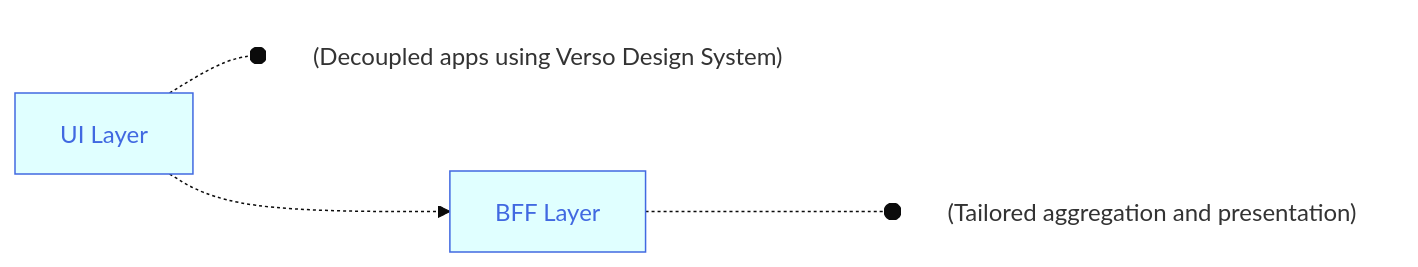
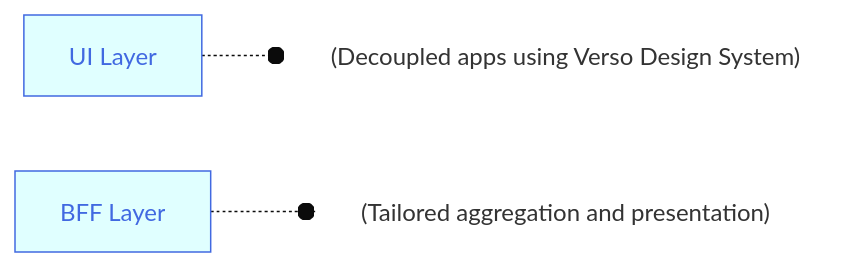
The diagram in buttons_mermaid_v2.md (joe-dorward/samples), drawn with Mermaid (base theme) before and after one commit. The commit also changed other lines of this file, not shown here.

````diff
--- a/buttons_mermaid_v2.md
+++ b/buttons_mermaid_v2.md
@@ -3,35 +3,28 @@
 ```mermaid
   %%{
     init: {"flowchart": { "markdownAutoWrap":"false", "textWrap":"false", "wrappingWidth": "100%" }
     }
   }%%
   flowchart LR
 
   %% define styles
   classDef Button fill:lightcyan, stroke:royalblue, color:royalblue;
   classDef Note fill:transparent, stroke:white, text-align:left;
   %% ---------- ---------- ---------- ---------- ---------- ---------- ---------- ---------- ---------- ----------
   BUTTON_01[UI Layer]:::Button
   click BUTTON_01 "https://en.wikipedia.org/wiki/Main_Page" _blank
   BUTTON_01_NOTE["(Decoupled apps using Verso Design System)"]:::Note
 
   %% connect button to note
   BUTTON_01-.-o
   BUTTON_01_NOTE
   %% ---------- ---------- ---------- ---------- ---------- ---------- ---------- ---------- ---------- ----------
   BUTTON_02[BFF Layer]:::Button
   click BUTTON_02 "https://en.wikipedia.org/wiki/Main_Page" _blank
   BUTTON_02_NOTE["(Tailored aggregation and presentation)"]:::Note
 
   %% connect button to note
   BUTTON_02-.-o
   BUTTON_02_NOTE
   %% ---------- ---------- ---------- ---------- ---------- ---------- ---------- ---------- ---------- ----------
-
-
-  %% ---------- ---------- ---------- ---------- ---------- ---------- ---------- ---------- ---------- ----------
-
-  %% connect buttons to buttons
-  BUTTON_01-.->
-  BUTTON_02
 ```
````
